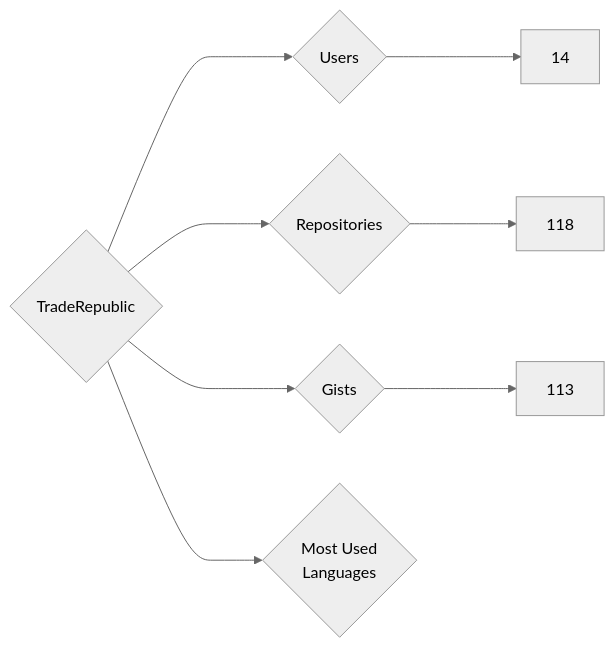
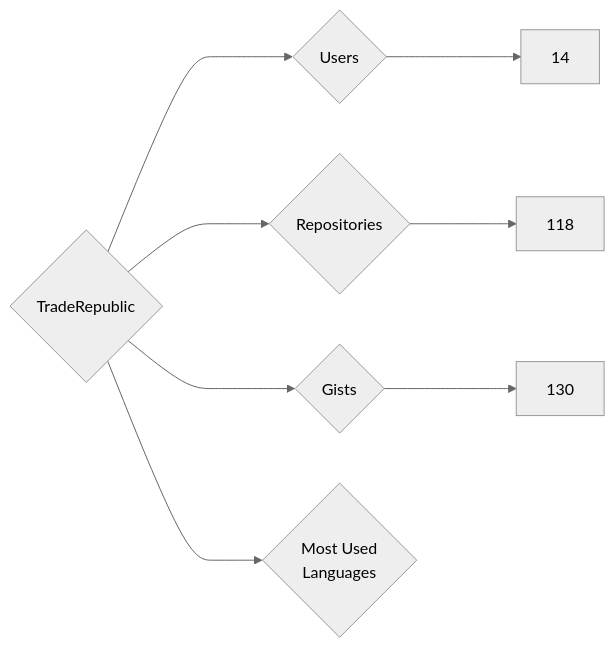
Before and after one commit to nenadzaric/insiders: the diagram in targets/TradeRepublic/README.md, drawn with Mermaid (neutral theme). The commit also changed 1342 other files, not shown here.

````diff
--- a/targets/TradeRepublic/README.md
+++ b/targets/TradeRepublic/README.md
@@ -3,8 +3,8 @@
 ```mermaid
 graph LR
 COMPANY_NAME{TradeRepublic}
 COMPANY_NAME ---> U{Users} ---> UN[14]
 COMPANY_NAME ---> R{Repositories} ---> RN[118]
-COMPANY_NAME ---> G{Gists} ---> GN[113]
+COMPANY_NAME ---> G{Gists} ---> GN[130]
 COMPANY_NAME ---> ML{Most Used<br>Languages}
 ```
````
